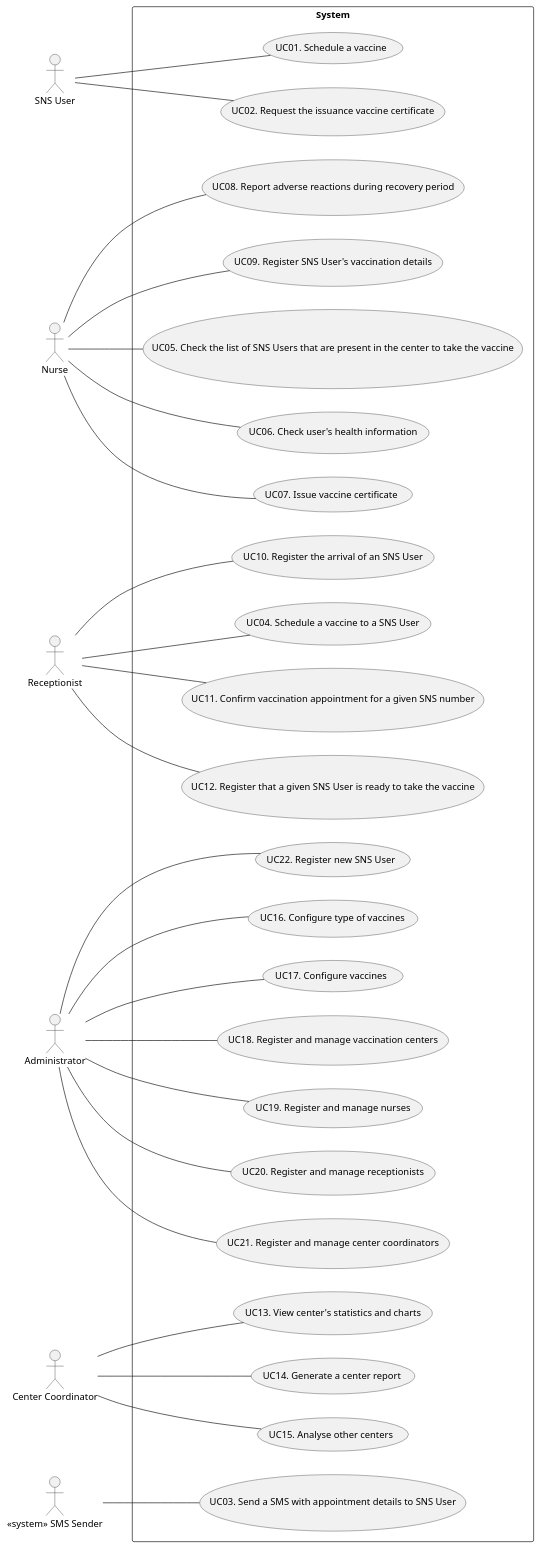
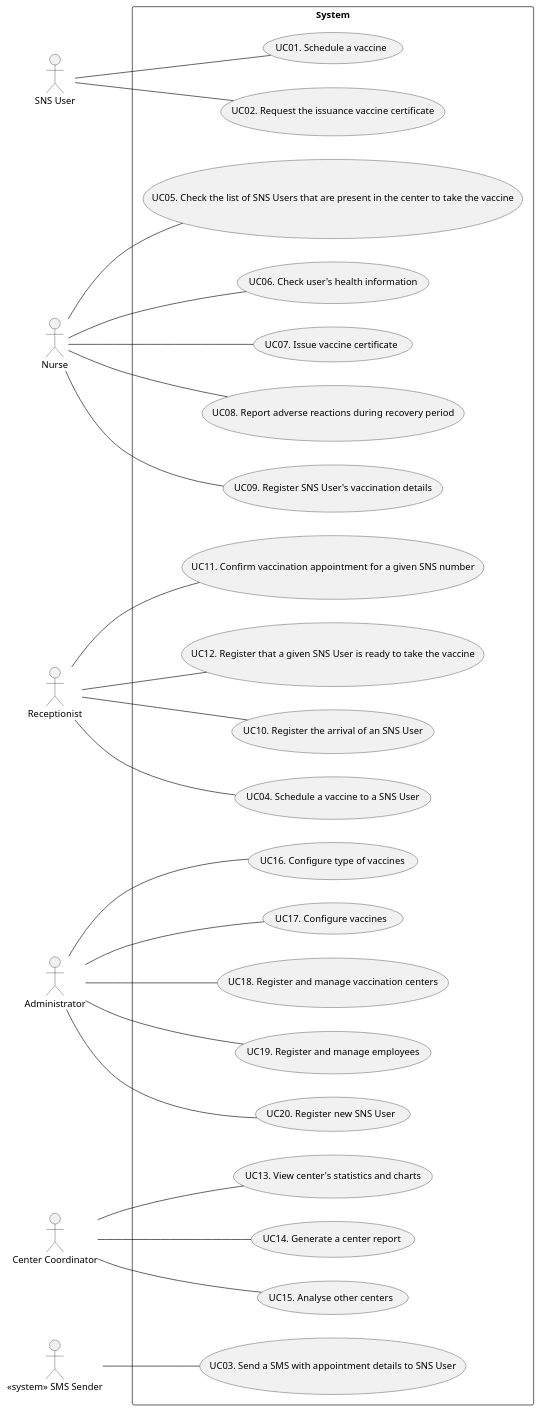
One commit to miseEnPlace-i/lapr2 changed the diagram in docs/SprintA/UCD.puml. Above: the diagram before and after it, drawn with PlantUML. The commit also changed 1 other file, not shown here.

```diff
--- a/docs/SprintA/UCD.puml
+++ b/docs/SprintA/UCD.puml
@@ -1,60 +1,56 @@
 @startuml UCD
 
 left to right direction
 
 actor "SNS User" as user
 actor "Nurse" as nurse
 actor "Receptionist" as recept
 actor "Administrator" as admin
 actor "Center Coordinator" as coordinator
 actor "<< system >> SMS Sender" as dgs
 
 rectangle System {
   usecase "UC01. Schedule a vaccine" as UC01
   usecase "UC02. Request the issuance vaccine certificate" as UC02
   usecase "UC03. Send a SMS with appointment details to SNS User" as UC03
   usecase "UC04. Schedule a vaccine to a SNS User" as UC04
   usecase "UC05. Check the list of SNS Users that are present in the center to take the vaccine" as UC05
   usecase "UC06. Check user's health information" as UC06
   usecase "UC07. Issue vaccine certificate" as UC07
   usecase "UC08. Report adverse reactions during recovery period" as UC08
   usecase "UC09. Register SNS User's vaccination details" as UC09
   usecase "UC10. Register the arrival of an SNS User" as UC10
   usecase "UC11. Confirm vaccination appointment for a given SNS number" as UC11
   usecase "UC12. Register that a given SNS User is ready to take the vaccine" as UC12
   usecase "UC13. View center's statistics and charts" as UC13
   usecase "UC14. Generate a center report" as UC14
   usecase "UC15. Analyse other centers" as UC15
   usecase "UC16. Configure type of vaccines" as UC16
   usecase "UC17. Configure vaccines" as UC17
   usecase "UC18. Register and manage vaccination centers" as UC18
-  usecase "UC19. Register and manage nurses" as UC19
-  usecase "UC20. Register and manage receptionists" as UC20
-  usecase "UC21. Register and manage center coordinators" as UC21
-  usecase "UC22. Register new SNS User" as UC22
+  usecase "UC19. Register and manage employees" as UC19
+  usecase "UC20. Register new SNS User" as UC20
 }
 
 user -- UC01
 user -- UC02
 dgs -- UC03
 recept -- UC04
 nurse -- UC05
 nurse -- UC06
 nurse -- UC07
 nurse -- UC08
 nurse -- UC09
 recept -- UC10
 recept -- UC11
 recept -- UC12
 coordinator -- UC13
 coordinator -- UC14
 coordinator -- UC15
 admin -- UC16
 admin -- UC17
 admin -- UC18
 admin -- UC19
 admin -- UC20
-admin -- UC21
-admin -- UC22
 
 @enduml
```
